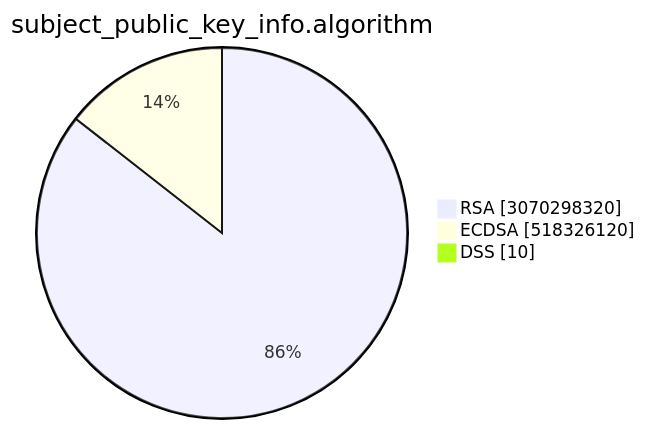
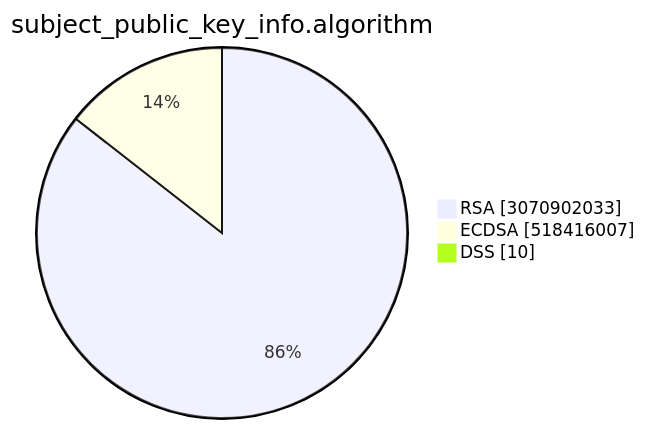
One commit to christiankrug/ctmonitor_visualization changed the second of 15 diagrams in TOTAL/README.md. Above: the diagram before and after it, drawn with Mermaid. The commit also changed other lines of this file, not shown here.

````diff
--- a/TOTAL/README.md
+++ b/TOTAL/README.md
@@ -6,7 +6,7 @@
 ```mermaid
 pie showData
 title subject_public_key_info.algorithm
-"RSA" :3070298320
-"ECDSA" :518326120
+"RSA" :3070902033
+"ECDSA" :518416007
 "DSS" :10
 ```
````
